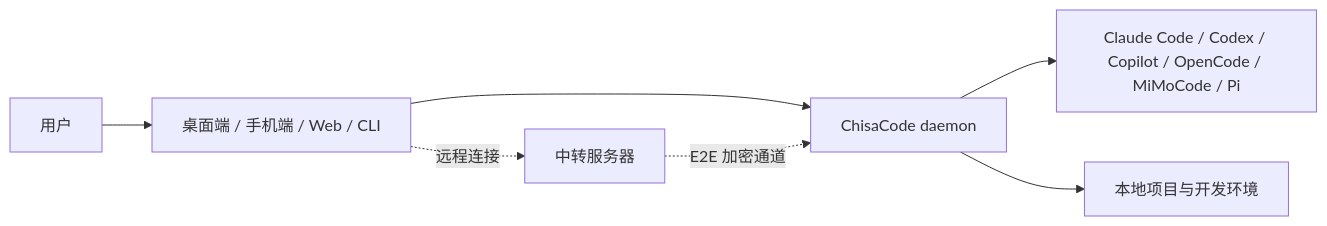
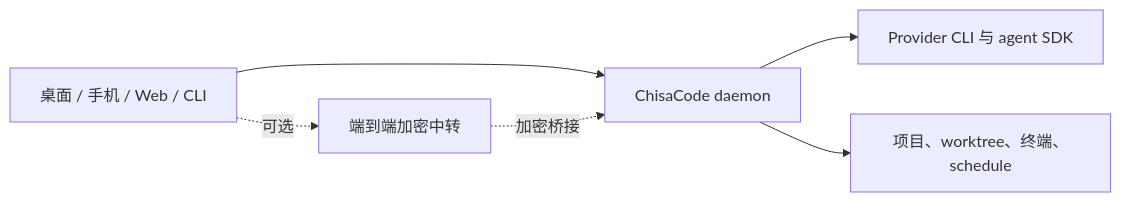
Before and after one commit to ChisaAlter/ChisaCode: the diagram in README.zh-CN.md, drawn with Mermaid. The commit also changed other lines of this file and 2 other files, not shown here.

````diff
--- a/README.zh-CN.md
+++ b/README.zh-CN.md
@@ -40,9 +47,8 @@
 ```mermaid
 flowchart LR
-  User["用户"] --> App["桌面端 / 手机端 / Web / CLI"]
-  App --> Daemon["ChisaCode daemon"]
-  Daemon --> Agents["Claude Code / Codex / Copilot / OpenCode / MiMoCode / Pi"]
-  Daemon --> Project["本地项目与开发环境"]
-  App -. 远程连接 .-> Relay["中转服务器"]
-  Relay -. E2E 加密通道 .-> Daemon
+  Client["桌面 / 手机 / Web / CLI"] --> Daemon["ChisaCode daemon"]
+  Daemon --> Agents["Provider CLI 与 agent SDK"]
+  Daemon --> Workspace["项目、worktree、终端、schedule"]
+  Client -. 可选 .-> Relay["端到端加密中转"]
+  Relay -. 加密桥接 .-> Daemon
 ```
````
